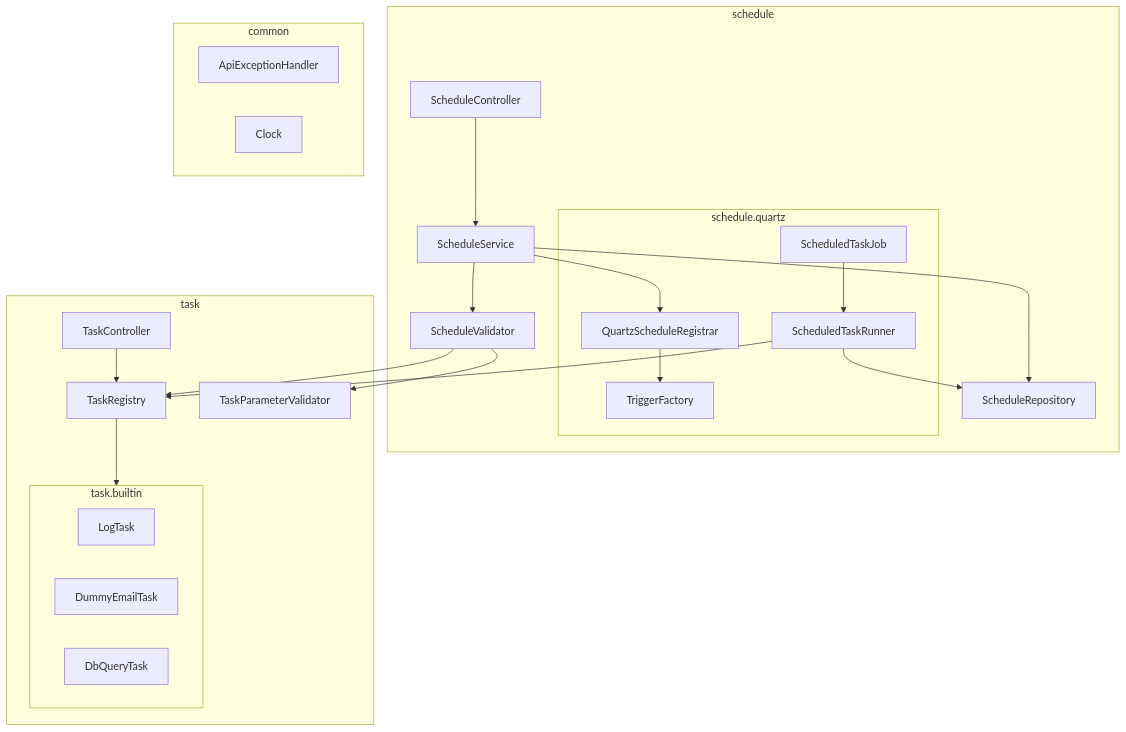
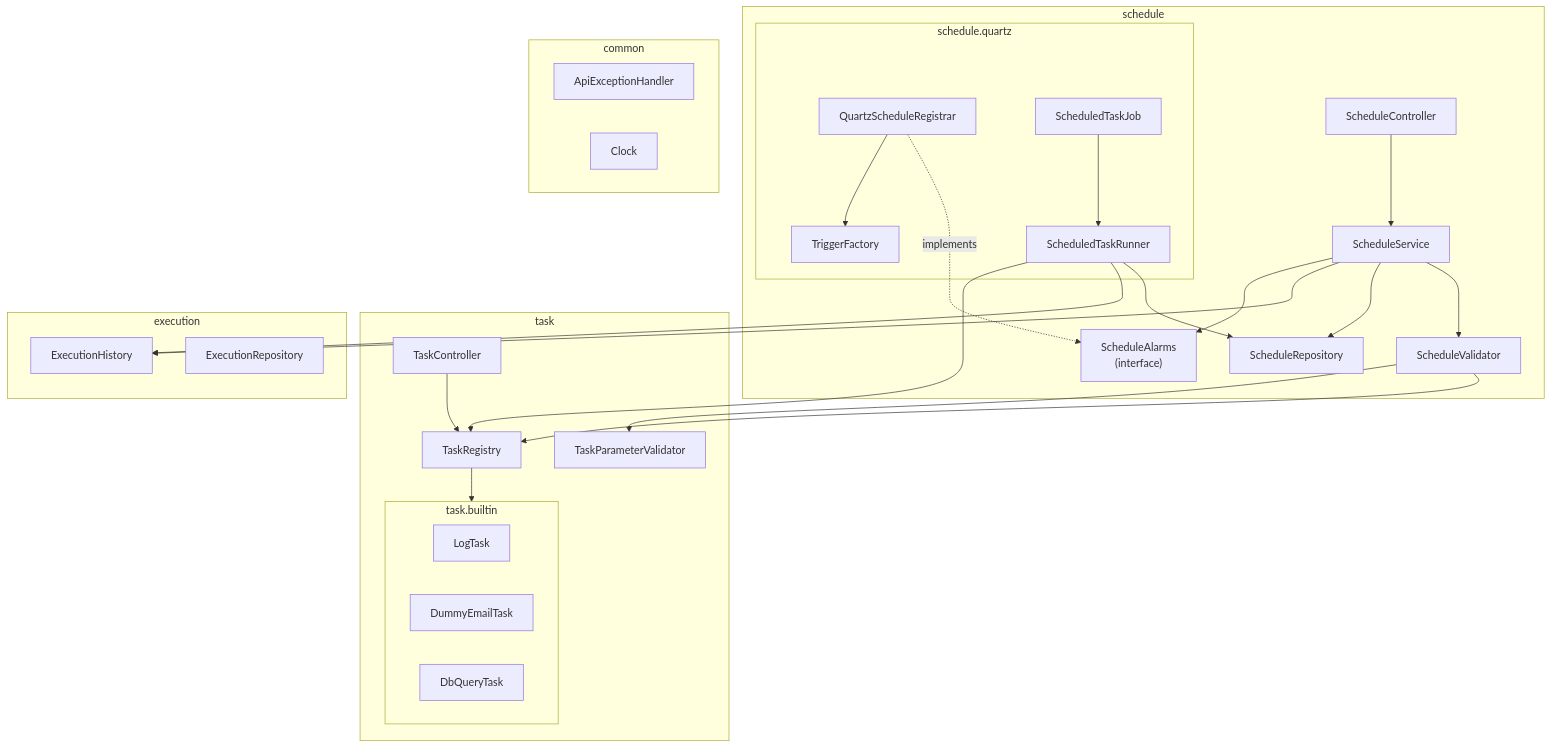
Before and after one commit to yuvalzel1/scheduling-system: the second of 12 diagrams in DESIGN.md, drawn with Mermaid. The commit also changed other lines of this file and 39 other files, not shown here.

First line of the commit message:
Add run history; tighten architecture and database rules; fix review findings

````diff
--- a/DESIGN.md
+++ b/DESIGN.md
@@ -65,44 +69,53 @@
 ```mermaid
 flowchart TB
     subgraph schedule["schedule"]
         sc["ScheduleController"]
         ss["ScheduleService"]
         sv["ScheduleValidator"]
+        sa["ScheduleAlarms<br/>(interface)"]
         sr["ScheduleRepository"]
         subgraph q["schedule.quartz"]
             reg["QuartzScheduleRegistrar"]
             tf["TriggerFactory"]
             job["ScheduledTaskJob"]
             run["ScheduledTaskRunner"]
         end
     end
 
     subgraph task["task"]
         tc["TaskController"]
         tr["TaskRegistry"]
         tpv["TaskParameterValidator"]
         subgraph builtin["task.builtin"]
             t1["LogTask"]
             t2["DummyEmailTask"]
             t3["DbQueryTask"]
         end
     end
 
+    subgraph execution["execution"]
+        xh["ExecutionHistory"]
+        er["ExecutionRepository"]
+    end
+
     subgraph common["common"]
         eh["ApiExceptionHandler"]
         clock["Clock"]
     end
 
     sc --> ss
     ss --> sv
     ss --> sr
-    ss --> reg
+    ss --> xh
+    ss --> sa
+    reg -. implements .-> sa
     reg --> tf
     job --> run
     run --> sr
+    run --> xh
     run --> tr
     sv --> tr
     sv --> tpv
     tc --> tr
     tr --> builtin
 ```
````
